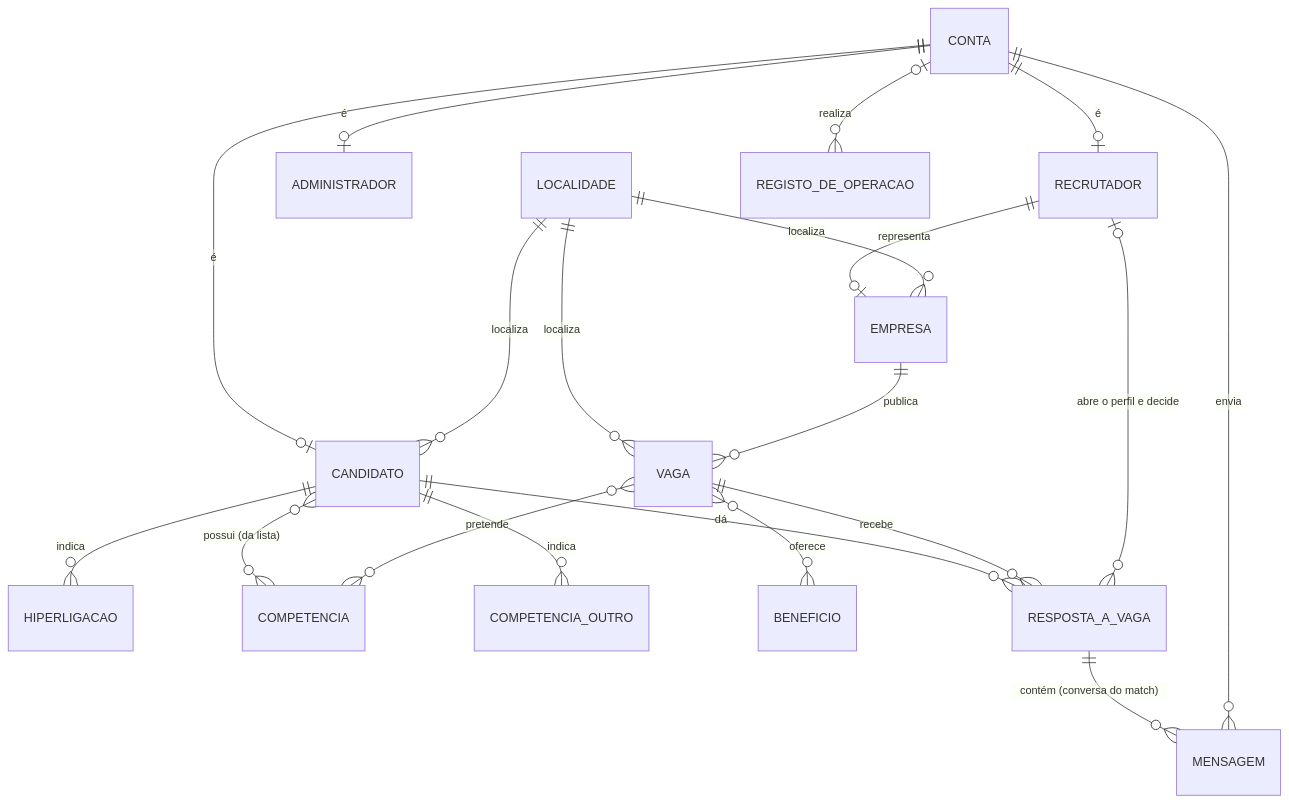
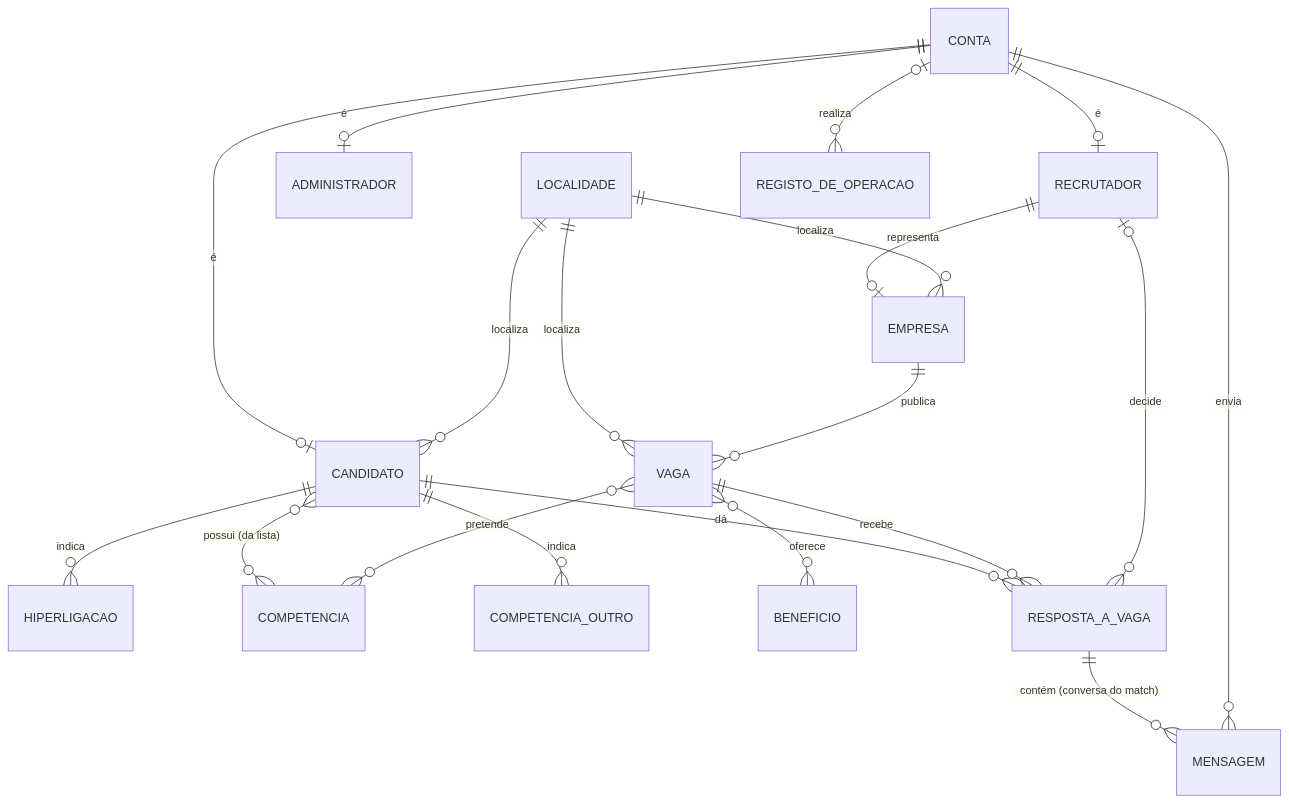
Before and after one commit to katch-lds/katch-docs: the first of 2 diagrams in 04-artefactos-tecnicos/04.06-modelos-de-dados/m3-modelo-de-dados-katch-v02.md, drawn with Mermaid. The commit also changed other lines of this file, not shown here.

````diff
--- a/04-artefactos-tecnicos/04.06-modelos-de-dados/m3-modelo-de-dados-katch-v02.md
+++ b/04-artefactos-tecnicos/04.06-modelos-de-dados/m3-modelo-de-dados-katch-v02.md
@@ -59,22 +75,22 @@
 ```mermaid
 erDiagram
     CONTA ||--o| CANDIDATO : "é"
     CONTA ||--o| RECRUTADOR : "é"
     CONTA ||--o| ADMINISTRADOR : "é"
     RECRUTADOR ||--o| EMPRESA : "representa"
     LOCALIDADE ||--o{ CANDIDATO : "localiza"
     LOCALIDADE ||--o{ EMPRESA : "localiza"
     LOCALIDADE ||--o{ VAGA : "localiza"
     EMPRESA ||--o{ VAGA : "publica"
     CANDIDATO ||--o{ HIPERLIGACAO : "indica"
     CANDIDATO }o--o{ COMPETENCIA : "possui (da lista)"
     CANDIDATO ||--o{ COMPETENCIA_OUTRO : "indica"
     VAGA }o--o{ COMPETENCIA : "pretende"
     VAGA }o--o{ BENEFICIO : "oferece"
     CANDIDATO ||--o{ RESPOSTA_A_VAGA : "dá"
     VAGA ||--o{ RESPOSTA_A_VAGA : "recebe"
-    RECRUTADOR |o--o{ RESPOSTA_A_VAGA : "abre o perfil e decide"
+    RECRUTADOR |o--o{ RESPOSTA_A_VAGA : "decide"
     RESPOSTA_A_VAGA ||--o{ MENSAGEM : "contém (conversa do match)"
     CONTA ||--o{ MENSAGEM : "envia"
     CONTA |o--o{ REGISTO_DE_OPERACAO : "realiza"
 ```
````
